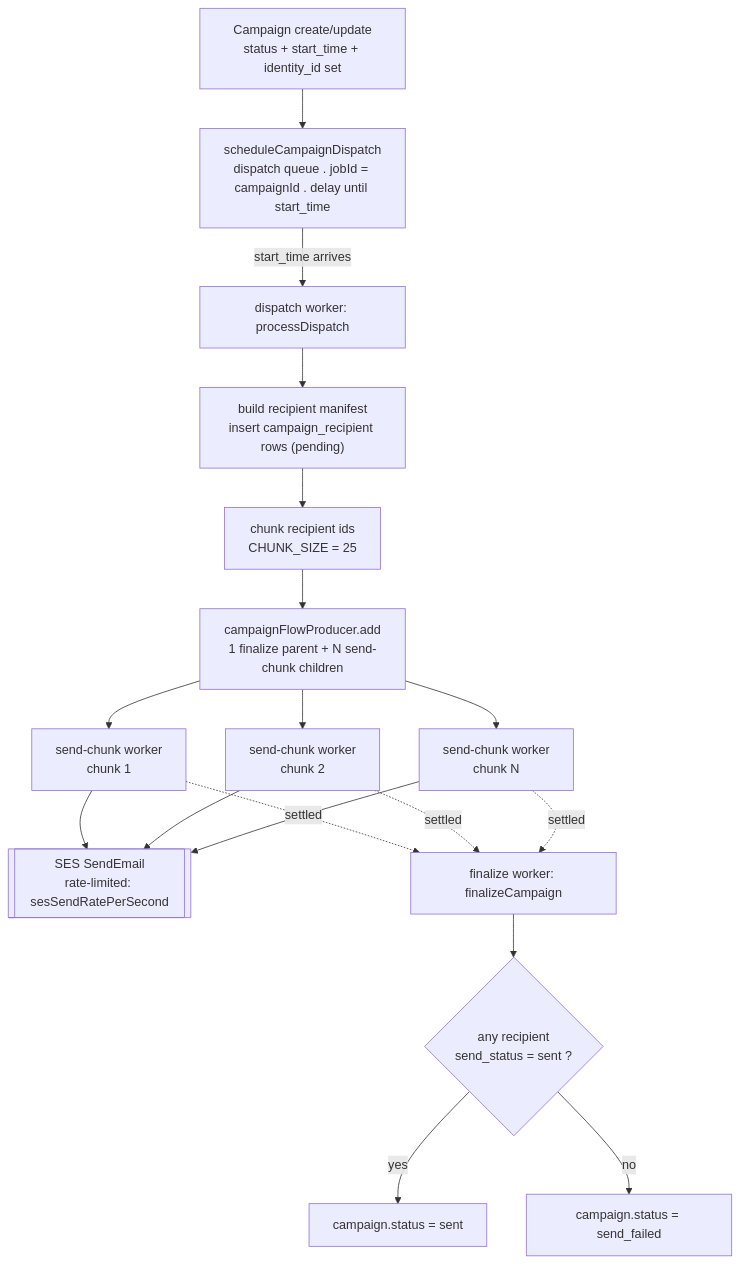
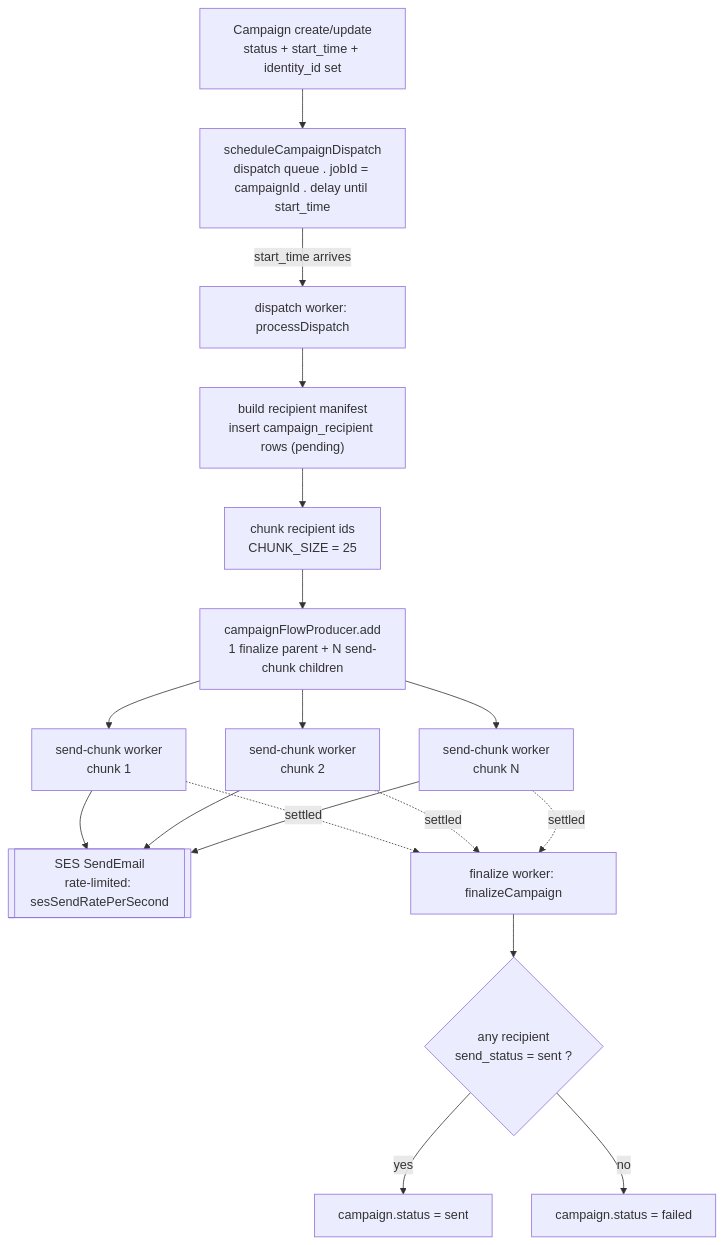
The sixth of 6 diagrams in bun/api/docs/ARCHITECTURE.md (Abhinav5050649/mail-rocket), drawn with Mermaid before and after one commit. The commit also changed other lines of this file and 129 other files, not shown here.

````diff
--- a/bun/api/docs/ARCHITECTURE.md
+++ b/bun/api/docs/ARCHITECTURE.md
@@ -215,24 +216,24 @@
 ```mermaid
 flowchart TD
     A["Campaign create/update<br/>status + start_time + identity_id set"] --> B["scheduleCampaignDispatch<br/>dispatch queue . jobId = campaignId . delay until start_time"]
     B -- "start_time arrives" --> C["dispatch worker: processDispatch"]
     C --> D["build recipient manifest<br/>insert campaign_recipient rows (pending)"]
     D --> E["chunk recipient ids<br/>CHUNK_SIZE = 25"]
     E --> F["campaignFlowProducer.add<br/>1 finalize parent + N send-chunk children"]
 
     F --> G1["send-chunk worker<br/>chunk 1"]
     F --> G2["send-chunk worker<br/>chunk 2"]
     F --> G3["send-chunk worker<br/>chunk N"]
 
     G1 --> SES1[["SES SendEmail<br/>rate-limited: sesSendRatePerSecond"]]
     G2 --> SES1
     G3 --> SES1
 
     G1 -. settled .-> H["finalize worker: finalizeCampaign"]
     G2 -. settled .-> H
     G3 -. settled .-> H
 
     H --> I{"any recipient<br/>send_status = sent ?"}
     I -- yes --> J["campaign.status = sent"]
-    I -- no --> K["campaign.status = send_failed"]
+    I -- no --> K["campaign.status = failed"]
 ```
````
